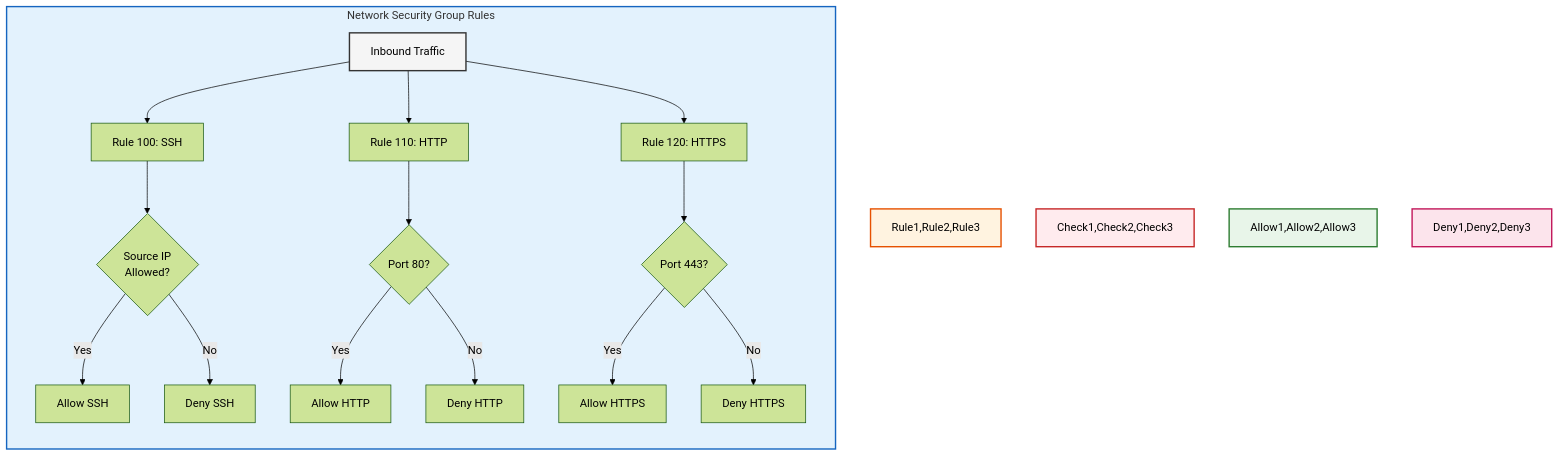
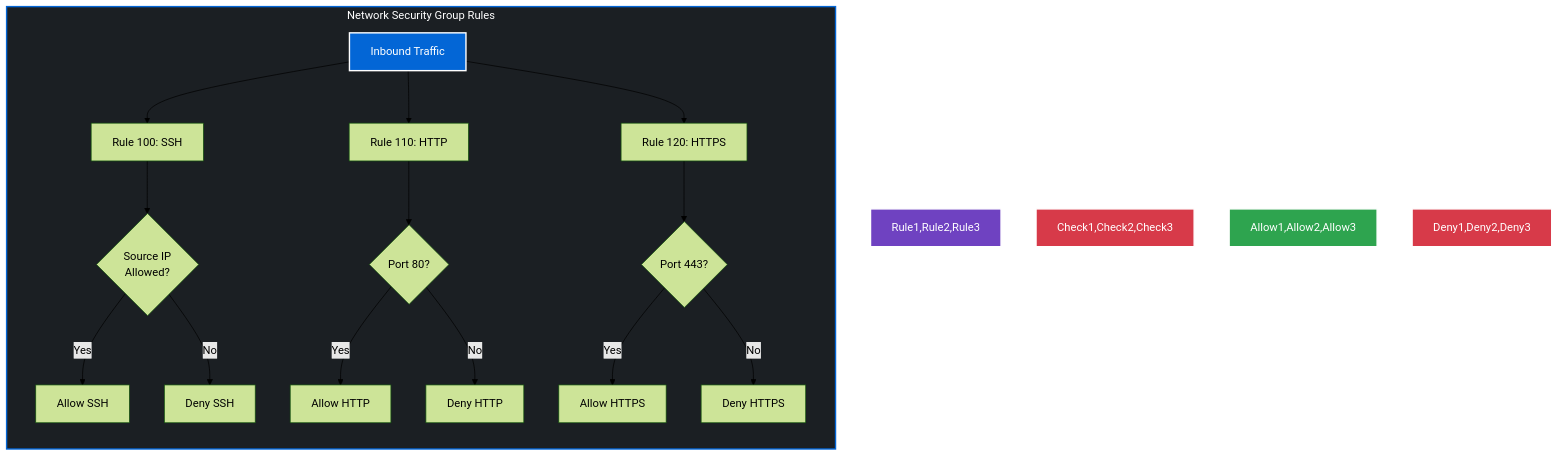
Before and after one commit to vishnu1002/terraform-learn: the fourth of 5 diagrams in README.md, drawn with Mermaid (forest theme). The commit also changed other lines of this file, not shown here.

````diff
--- a/README.md
+++ b/README.md
@@ -86,27 +97,28 @@
 ```mermaid
 graph TD
     subgraph NSG [Network Security Group Rules]
         direction TB
         Inbound[Inbound Traffic] --> Rule1[Rule 100: SSH]
         Inbound --> Rule2[Rule 110: HTTP]
         Inbound --> Rule3[Rule 120: HTTPS]
         
         Rule1 --> Check1{Source IP<br/>Allowed?}
         Rule2 --> Check2{Port 80?}
         Rule3 --> Check3{Port 443?}
         
         Check1 -->|Yes| Allow1[Allow SSH]
         Check1 -->|No| Deny1[Deny SSH]
         Check2 -->|Yes| Allow2[Allow HTTP]
         Check2 -->|No| Deny2[Deny HTTP]
         Check3 -->|Yes| Allow3[Allow HTTPS]
         Check3 -->|No| Deny3[Deny HTTPS]
     end
 
-    style NSG fill:#e3f2fd,stroke:#1565c0,stroke-width:2px
-    style Inbound fill:#f5f5f5,stroke:#333,stroke-width:2px
-    style Rule1,Rule2,Rule3 fill:#fff3e0,stroke:#e65100,stroke-width:2px
-    style Check1,Check2,Check3 fill:#ffebee,stroke:#c62828,stroke-width:2px
-    style Allow1,Allow2,Allow3 fill:#e8f5e9,stroke:#2e7d32,stroke-width:2px
-    style Deny1,Deny2,Deny3 fill:#fce4ec,stroke:#c2185b,stroke-width:2px
+    %% Colors that work in both dark and light modes
+    style NSG fill:#1b1f23,stroke:#0366d6,stroke-width:2px,color:#ffffff
+    style Inbound fill:#0366d6,stroke:#ffffff,stroke-width:2px,color:#ffffff
+    style Rule1,Rule2,Rule3 fill:#6f42c1,stroke:#ffffff,stroke-width:2px,color:#ffffff
+    style Check1,Check2,Check3 fill:#d73a49,stroke:#ffffff,stroke-width:2px,color:#ffffff
+    style Allow1,Allow2,Allow3 fill:#2ea44f,stroke:#ffffff,stroke-width:2px,color:#ffffff
+    style Deny1,Deny2,Deny3 fill:#d73a49,stroke:#ffffff,stroke-width:2px,color:#ffffff
 ```
````
